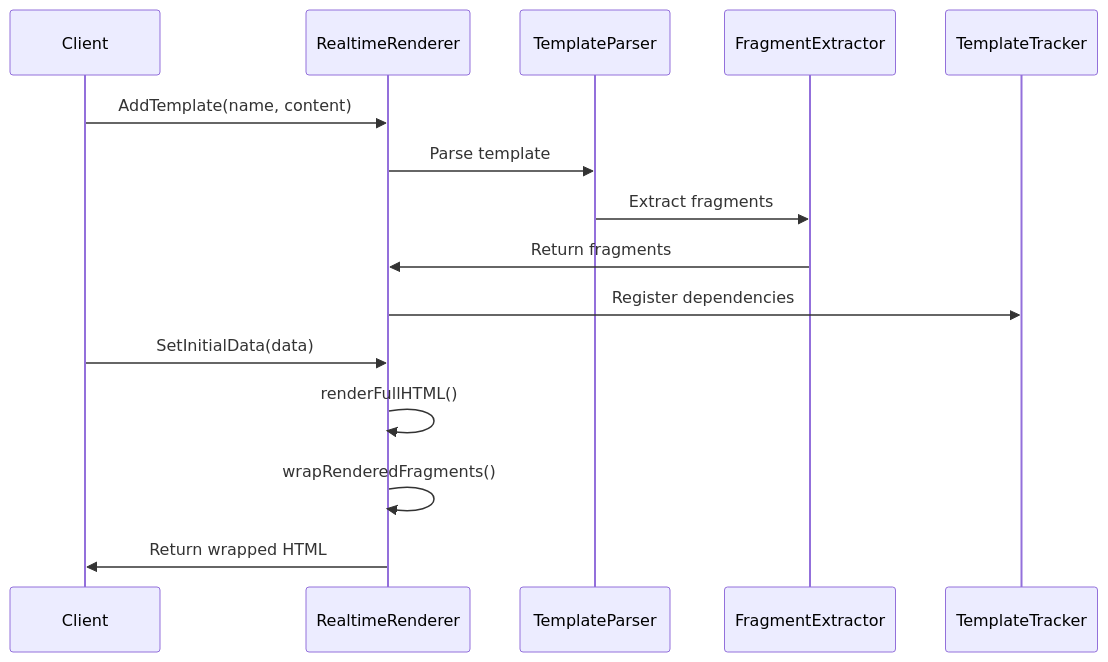
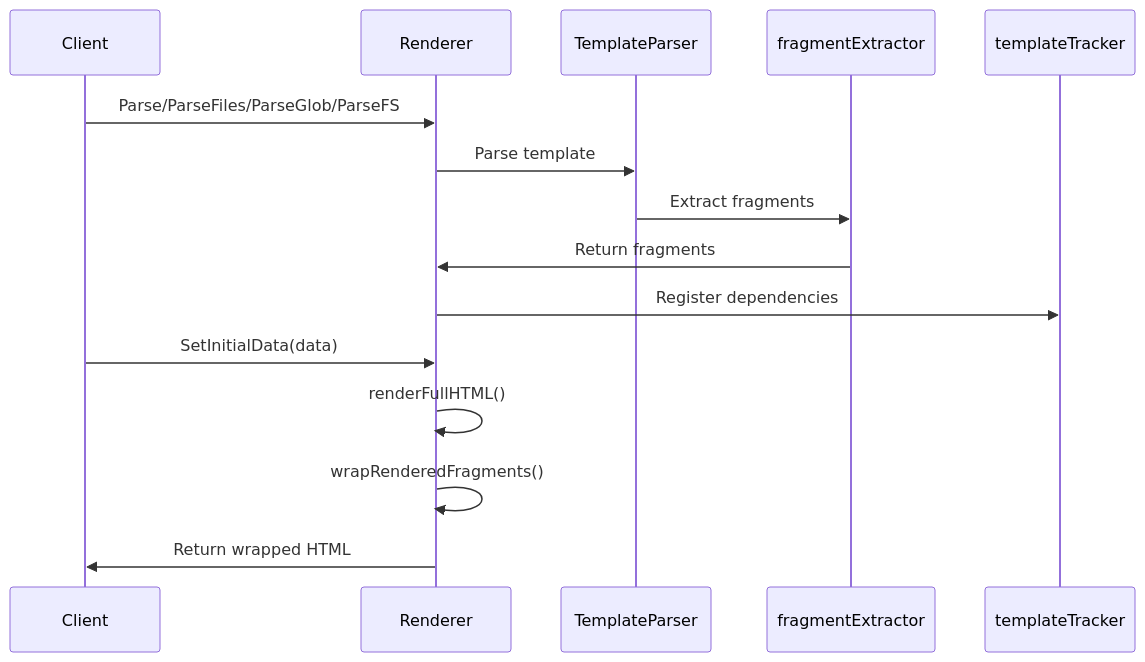
One commit to livetemplate/livetemplate changed the second of 6 diagrams in docs/ARCHITECTURE.md. Above: the diagram before and after it, drawn with Mermaid. The commit also changed other lines of this file and 9 other files, not shown here.

````diff
--- a/docs/ARCHITECTURE.md
+++ b/docs/ARCHITECTURE.md
@@ -108,19 +109,19 @@
 ```mermaid
 sequenceDiagram
     participant Client
-    participant RealtimeRenderer
+    participant Renderer
     participant TemplateParser
-    participant FragmentExtractor
-    participant TemplateTracker
+    participant fragmentExtractor
+    participant templateTracker
 
-    Client->>RealtimeRenderer: AddTemplate(name, content)
-    RealtimeRenderer->>TemplateParser: Parse template
-    TemplateParser->>FragmentExtractor: Extract fragments
-    FragmentExtractor->>RealtimeRenderer: Return fragments
-    RealtimeRenderer->>TemplateTracker: Register dependencies
+    Client->>Renderer: Parse/ParseFiles/ParseGlob/ParseFS
+    Renderer->>TemplateParser: Parse template
+    TemplateParser->>fragmentExtractor: Extract fragments
+    fragmentExtractor->>Renderer: Return fragments
+    Renderer->>templateTracker: Register dependencies
 
-    Client->>RealtimeRenderer: SetInitialData(data)
-    RealtimeRenderer->>RealtimeRenderer: renderFullHTML()
-    RealtimeRenderer->>RealtimeRenderer: wrapRenderedFragments()
-    RealtimeRenderer->>Client: Return wrapped HTML
+    Client->>Renderer: SetInitialData(data)
+    Renderer->>Renderer: renderFullHTML()
+    Renderer->>Renderer: wrapRenderedFragments()
+    Renderer->>Client: Return wrapped HTML
 ```
````
